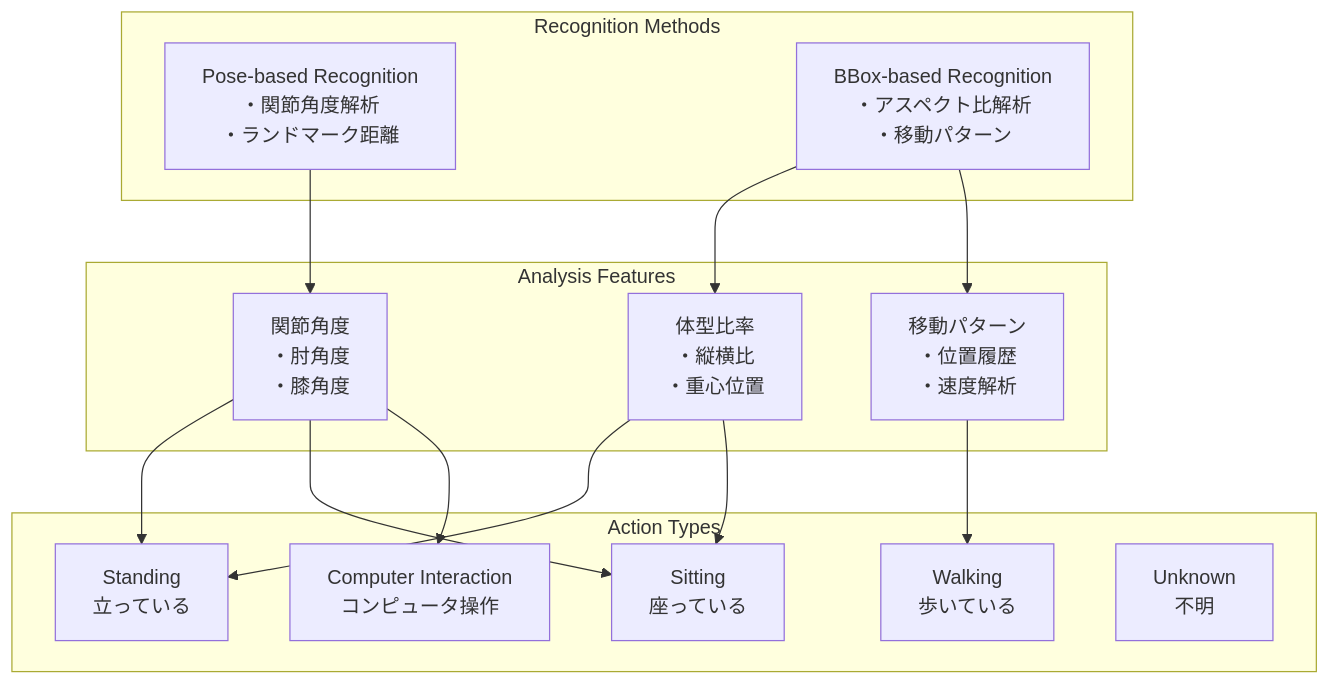
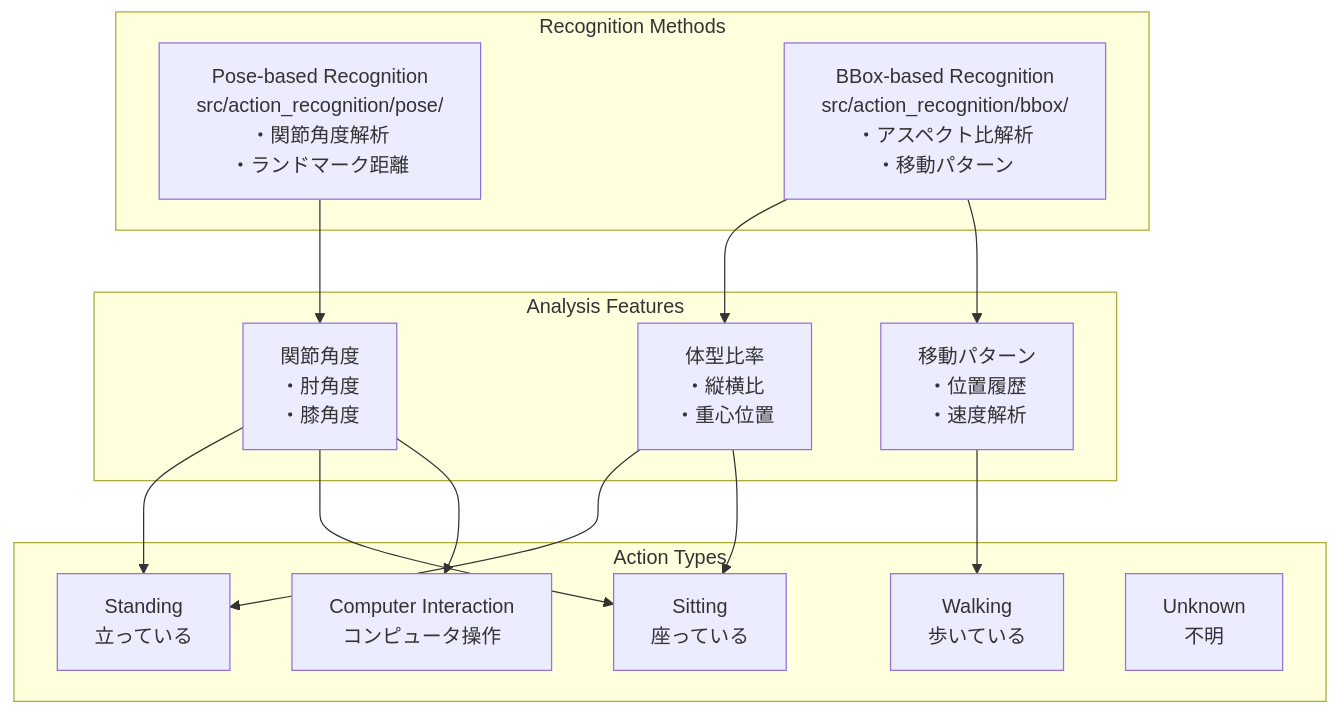
The fifth of 11 diagrams in docs/System_Architecture.md (kira612/PBL_test), drawn with Mermaid before and after one commit. The commit also changed other lines of this file and 60 other files, not shown here.

First line of the commit message:
Refactor codebase into modular architecture with comprehensive documentation updates

````diff
--- a/docs/System_Architecture.md
+++ b/docs/System_Architecture.md
@@ -147,32 +148,32 @@
 ```mermaid
 graph TB
     subgraph "Recognition Methods"
-        PoseAction[Pose-based Recognition<br/>・関節角度解析<br/>・ランドマーク距離]
-        BBoxAction[BBox-based Recognition<br/>・アスペクト比解析<br/>・移動パターン]
+        PoseAction[Pose-based Recognition<br/>src/action_recognition/pose/<br/>・関節角度解析<br/>・ランドマーク距離]
+        BBoxAction[BBox-based Recognition<br/>src/action_recognition/bbox/<br/>・アスペクト比解析<br/>・移動パターン]
     end
     
     subgraph "Action Types"
         Standing[Standing<br/>立っている]
         Sitting[Sitting<br/>座っている]
         Walking[Walking<br/>歩いている]
         Computer[Computer Interaction<br/>コンピュータ操作]
         Unknown[Unknown<br/>不明]
     end
     
     subgraph "Analysis Features"
         JointAngles[関節角度<br/>・肘角度<br/>・膝角度]
         BodyRatios[体型比率<br/>・縦横比<br/>・重心位置]
         Movement[移動パターン<br/>・位置履歴<br/>・速度解析]
     end
     
     PoseAction --> JointAngles
     BBoxAction --> BodyRatios
     BBoxAction --> Movement
     
     JointAngles --> Standing
     JointAngles --> Sitting
     JointAngles --> Computer
     BodyRatios --> Standing
     BodyRatios --> Sitting
     Movement --> Walking
 ```
````
